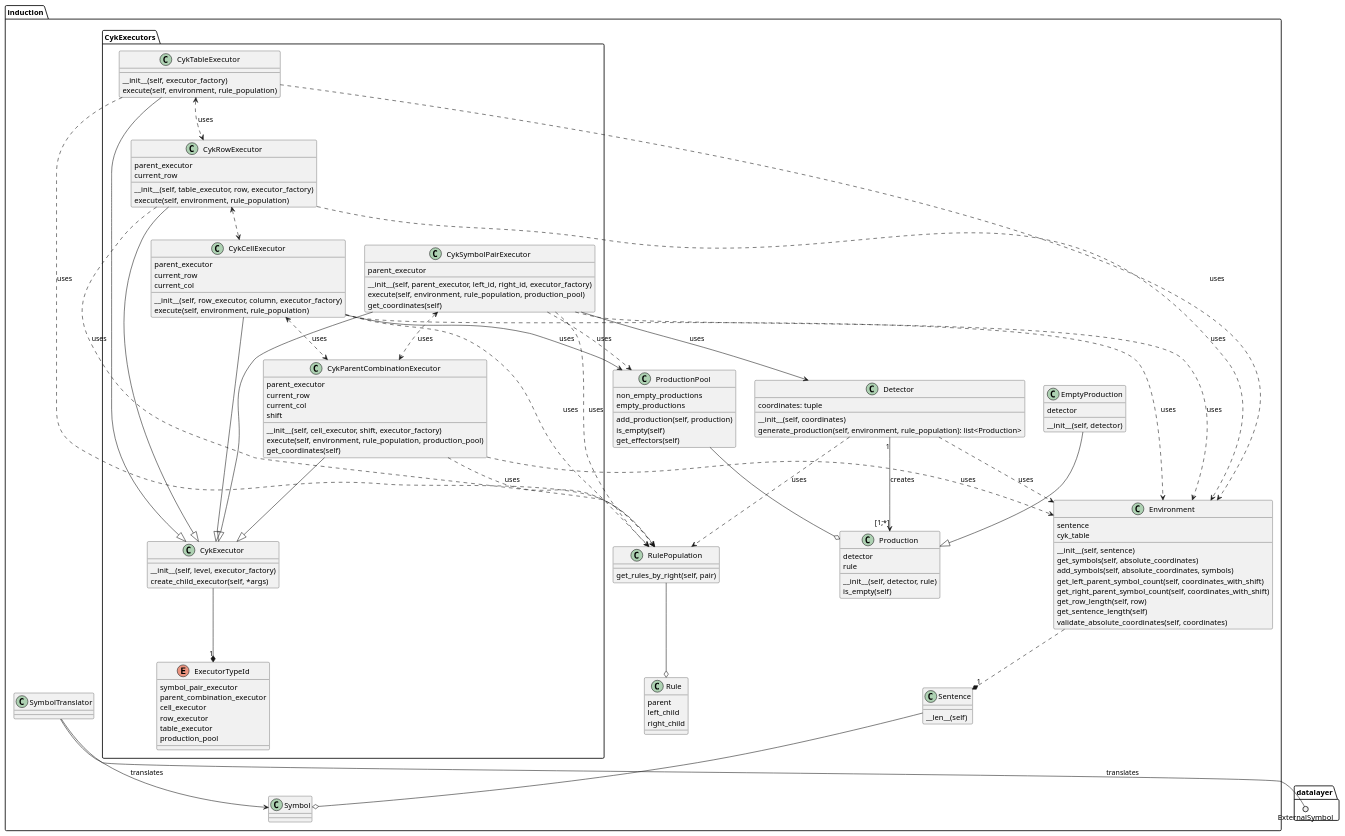
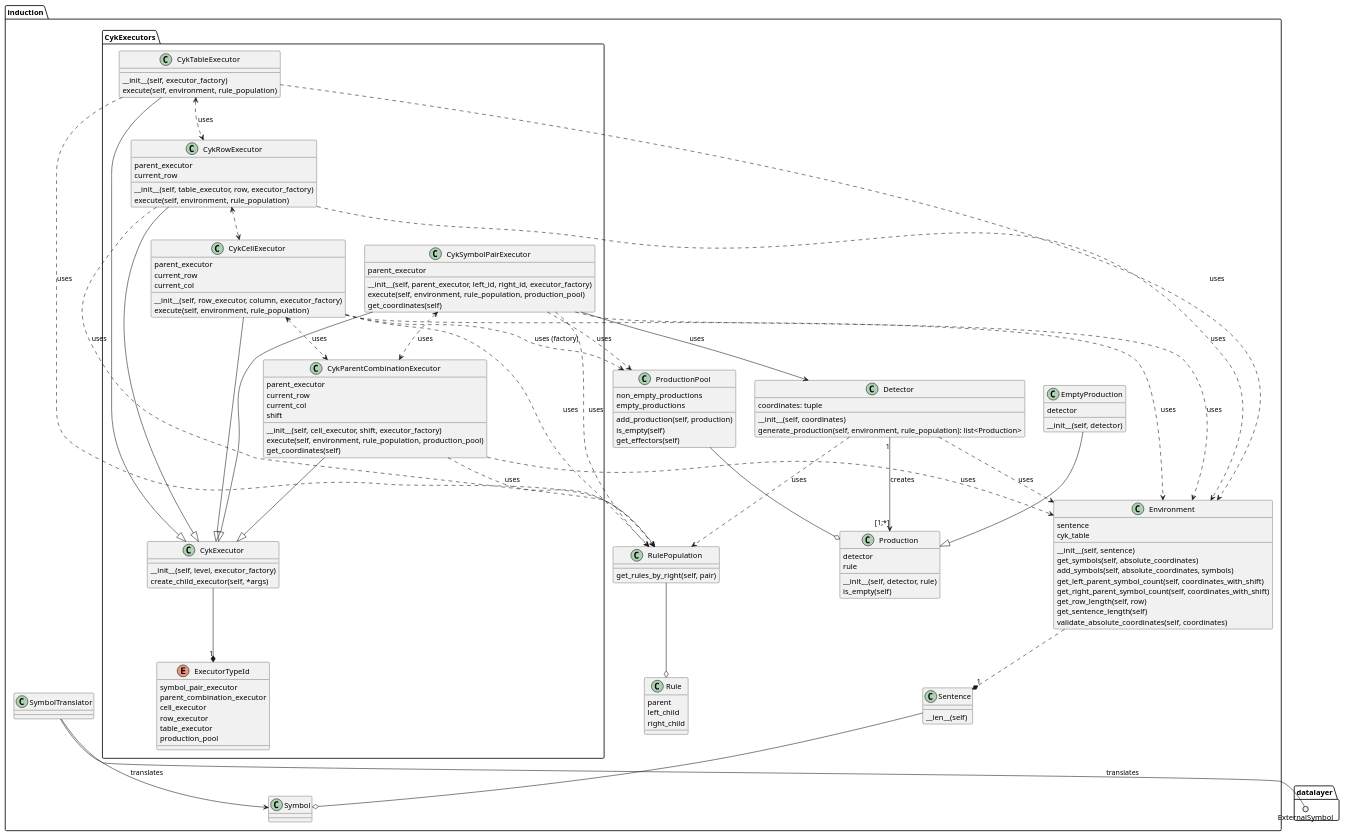
Before and after one commit to Michal-Stempkowski/sgcs: the diagram in sgcs/diagrams/induction.wsd, drawn with PlantUML. The commit also changed 3 other files, not shown here.

```diff
--- a/sgcs/diagrams/induction.wsd
+++ b/sgcs/diagrams/induction.wsd
@@ -1,131 +1,131 @@
 @startuml
 package induction {
 
     Detector ..> RulePopulation: uses
     Detector "1" --> "[1;*]" Production: creates
     Detector ..> Environment: uses
     Detector : __init__(self, coordinates)
     Detector : generate_production(self, environment, rule_population): list<Production>
     Detector : coordinates: tuple
 
     ProductionPool --o Production
     ProductionPool : non_empty_productions
     ProductionPool : empty_productions
     ProductionPool : add_production(self, production)
     ProductionPool : is_empty(self)
     ProductionPool : get_effectors(self)
 
     Production : __init__(self, detector, rule)
     Production : detector
     Production : rule
     Production : is_empty(self)
 
 
     EmptyProduction --|> Production
     EmptyProduction : __init__(self, detector)
     EmptyProduction : detector
 
     package CykExecutors {
     '&begin_cyk_executors
 
         enum ExecutorTypeId {
             symbol_pair_executor
             parent_combination_executor
             cell_executor
             row_executor
             table_executor
             production_pool
         }
 
         CykExecutor --* "1" ExecutorTypeId
         CykExecutor : __init__(self, level, executor_factory)
         CykExecutor : create_child_executor(self, *args)
 
         CykSymbolPairExecutor --|> CykExecutor
         CykSymbolPairExecutor --> Detector: uses
         CykSymbolPairExecutor ..> RulePopulation: uses
         CykSymbolPairExecutor ..> Environment: uses
         CykSymbolPairExecutor ..> ProductionPool: uses
         CykSymbolPairExecutor <..> CykParentCombinationExecutor: uses
         CykSymbolPairExecutor : __init__(self, parent_executor, left_id, right_id, executor_factory)
         CykSymbolPairExecutor : execute(self, environment, rule_population, production_pool)
         CykSymbolPairExecutor : get_coordinates(self)
         CykSymbolPairExecutor : parent_executor
 
         CykParentCombinationExecutor --|> CykExecutor
         CykParentCombinationExecutor ..> RulePopulation: uses
         CykParentCombinationExecutor ..> Environment: uses
         CykParentCombinationExecutor : __init__(self, cell_executor, shift, executor_factory)
         CykParentCombinationExecutor : parent_executor
         CykParentCombinationExecutor : current_row
         CykParentCombinationExecutor : current_col
         CykParentCombinationExecutor : shift
         CykParentCombinationExecutor : execute(self, environment, rule_population, production_pool)
         CykParentCombinationExecutor : get_coordinates(self)
 
         CykCellExecutor --|> CykExecutor
         CykCellExecutor ..> RulePopulation: uses
         CykCellExecutor ..> Environment: uses
         ' &dependency_executors
-        CykCellExecutor --> ProductionPool: uses
+        CykCellExecutor ..> ProductionPool: uses (factory)
         CykCellExecutor <..> CykParentCombinationExecutor: uses
         CykCellExecutor : __init__(self, row_executor, column, executor_factory)
         CykCellExecutor : parent_executor
         CykCellExecutor : current_row
         CykCellExecutor : current_col
         CykCellExecutor : execute(self, environment, rule_population)
 
         CykRowExecutor --|> CykExecutor
         CykRowExecutor ..> RulePopulation: uses
         CykRowExecutor ..> Environment: uses
         CykRowExecutor <..> CykCellExecutor
         CykRowExecutor : __init__(self, table_executor, row, executor_factory)
         CykRowExecutor : parent_executor
         CykRowExecutor : current_row
         CykRowExecutor : execute(self, environment, rule_population)
 
         CykTableExecutor --|> CykExecutor
         CykTableExecutor ..> RulePopulation: uses
         CykTableExecutor ..> Environment: uses
         CykTableExecutor <..> CykRowExecutor: uses
         CykTableExecutor : __init__(self, executor_factory)
         CykTableExecutor : execute(self, environment, rule_population)
 
     '&end_cyk_executors
     }
 
     '&alt_cyk_executors CykExecutors ..> Environment: uses
-    '&alt_cyk_executors CykExecutors --> ProductionPool: creates
+    '&alt_cyk_executors CykExecutors ..> ProductionPool: creates
     '&alt_cyk_executors CykExecutors --> Production: creates
     '&alt_cyk_executors CykExecutors --> RulePopulation: uses
 
     Environment ..* "1" Sentence
     Environment : __init__(self, sentence)
     Environment : sentence
     Environment : cyk_table
     Environment : get_symbols(self, absolute_coordinates)
     Environment : add_symbols(self, absolute_coordinates, symbols)
     Environment : get_left_parent_symbol_count(self, coordinates_with_shift)
     Environment : get_right_parent_symbol_count(self, coordinates_with_shift)
     Environment : get_row_length(self, row)
     Environment : get_sentence_length(self)
     Environment : validate_absolute_coordinates(self, coordinates)
 
     SymbolTranslator --> Symbol: translates
 
     Sentence --o Symbol
     Sentence : __len__(self)
 
     RulePopulation : get_rules_by_right(self, pair)
     RulePopulation --o Rule
 
     Rule : parent
     Rule : left_child
     Rule : right_child
 }
 
 package datalayer {
     SymbolTranslator --() ExternalSymbol: translates
 }
 
 @enduml
```
